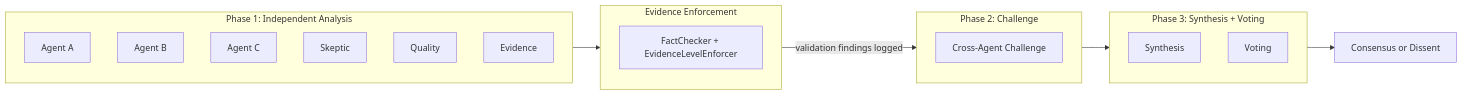
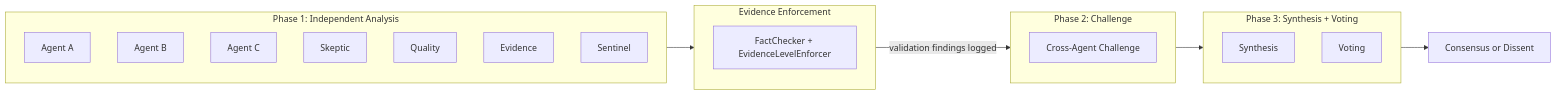
Before and after one commit to KangaKode/aiscaffold: the fourth of 6 diagrams in README.md, drawn with Mermaid. The commit also changed other lines of this file and 50 other files, not shown here.

````diff
--- a/README.md
+++ b/README.md
@@ -169,25 +171,26 @@
 ```mermaid
 flowchart LR
     subgraph phase1 [Phase 1: Independent Analysis]
         A1[Agent A]
         A2[Agent B]
         A3[Agent C]
         S[Skeptic]
         Q[Quality]
         E[Evidence]
+        SN[Sentinel]
     end
     subgraph enforce [Evidence Enforcement]
         EF[FactChecker + EvidenceLevelEnforcer]
     end
     subgraph phase2 [Phase 2: Challenge]
         CH[Cross-Agent Challenge]
     end
     subgraph phase3 [Phase 3: Synthesis + Voting]
         SY[Synthesis]
         V[Voting]
     end
     phase1 --> enforce
     enforce -->|"validation findings logged"| phase2
     phase2 --> phase3
     phase3 --> Result[Consensus or Dissent]
 ```
````
